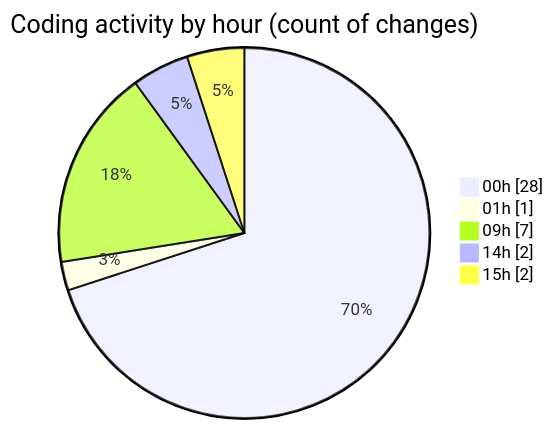
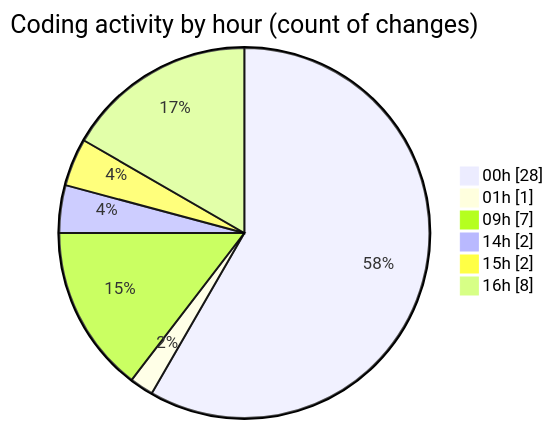
One commit to Elitesun/code-tracking changed the second of 2 diagrams in 2025-05-24/elitesun/README.md. Above: the diagram before and after it, drawn with Mermaid. The commit also changed other lines of this file and 1 other file, not shown here.

````diff
--- a/2025-05-24/elitesun/README.md
+++ b/2025-05-24/elitesun/README.md
@@ -41,9 +43,10 @@
 ```mermaid
 pie showData
 title Coding activity by hour (count of changes)
 "00h" : 28
 "01h" : 1
 "09h" : 7
 "14h" : 2
 "15h" : 2
+"16h" : 8
 ```
````
